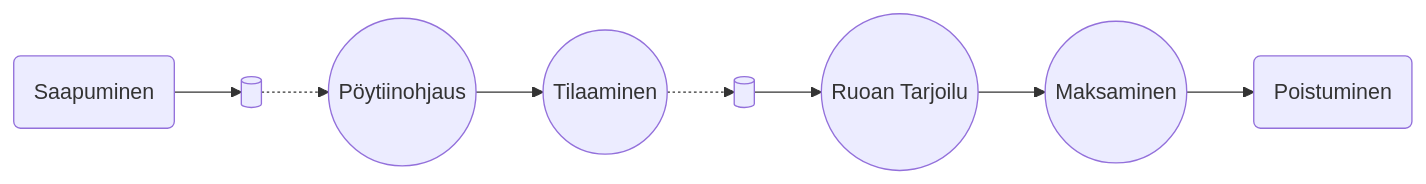
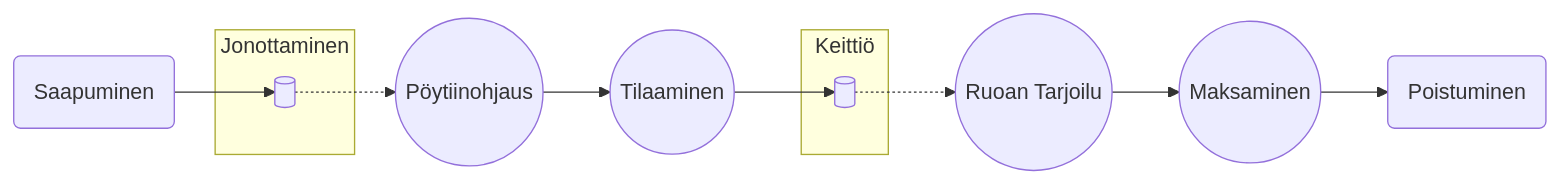
Before and after one commit to onnikiv/Simu-Projekti: the diagram in README.md, drawn with Mermaid. The commit also changed other lines of this file, not shown here.

````diff
--- a/README.md
+++ b/README.md
@@ -4,12 +5,18 @@
 ```mermaid
 flowchart LR
 
-A(Saapuminen) --> B[( )]
+A(Saapuminen) --> B
+subgraph B_label [Jonottaminen]
+    B[( )]
+end
 B .-> C((Pöytiinohjaus))
 C --> D((Tilaaminen))
-D .-> E[( )]
-E --> F((Ruoan Tarjoilu))
+D --> E
+subgraph E_label [Keittiö]
+    E[( )]
+end
+E .-> F((Ruoan Tarjoilu))
 F --> G((Maksaminen))
 G --> H(Poistuminen)
 
 ```
````
